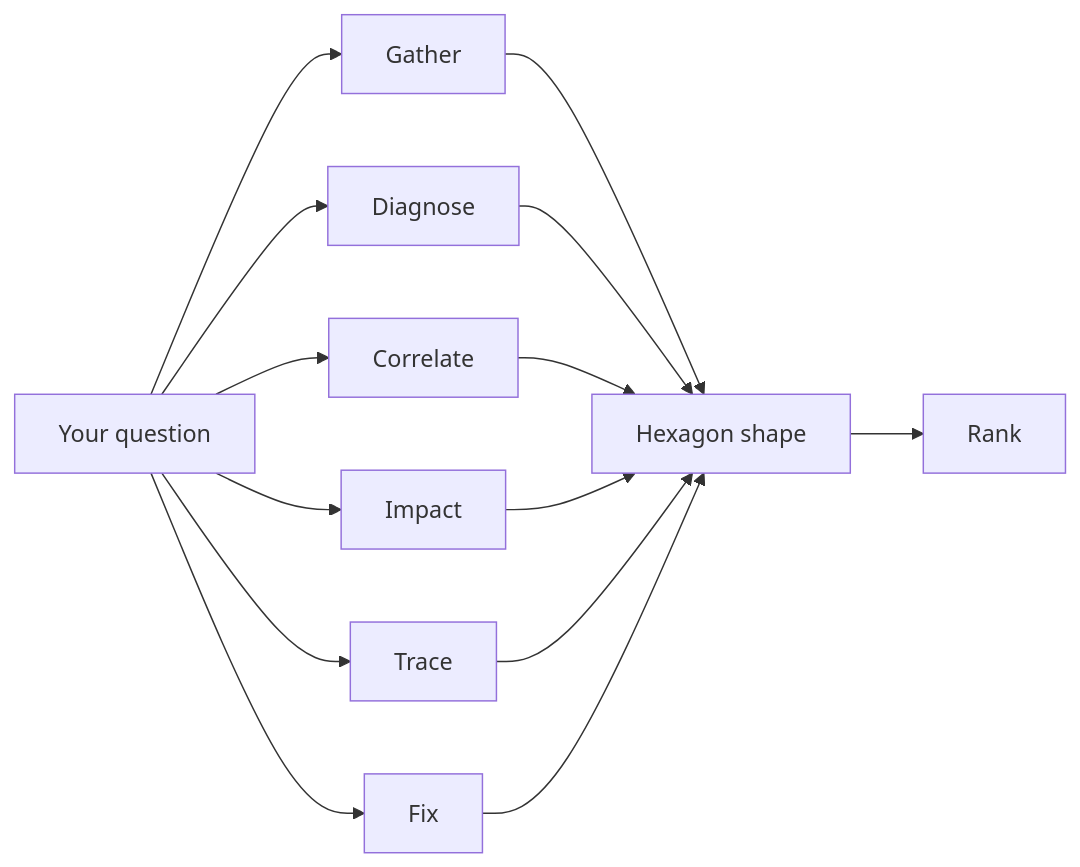
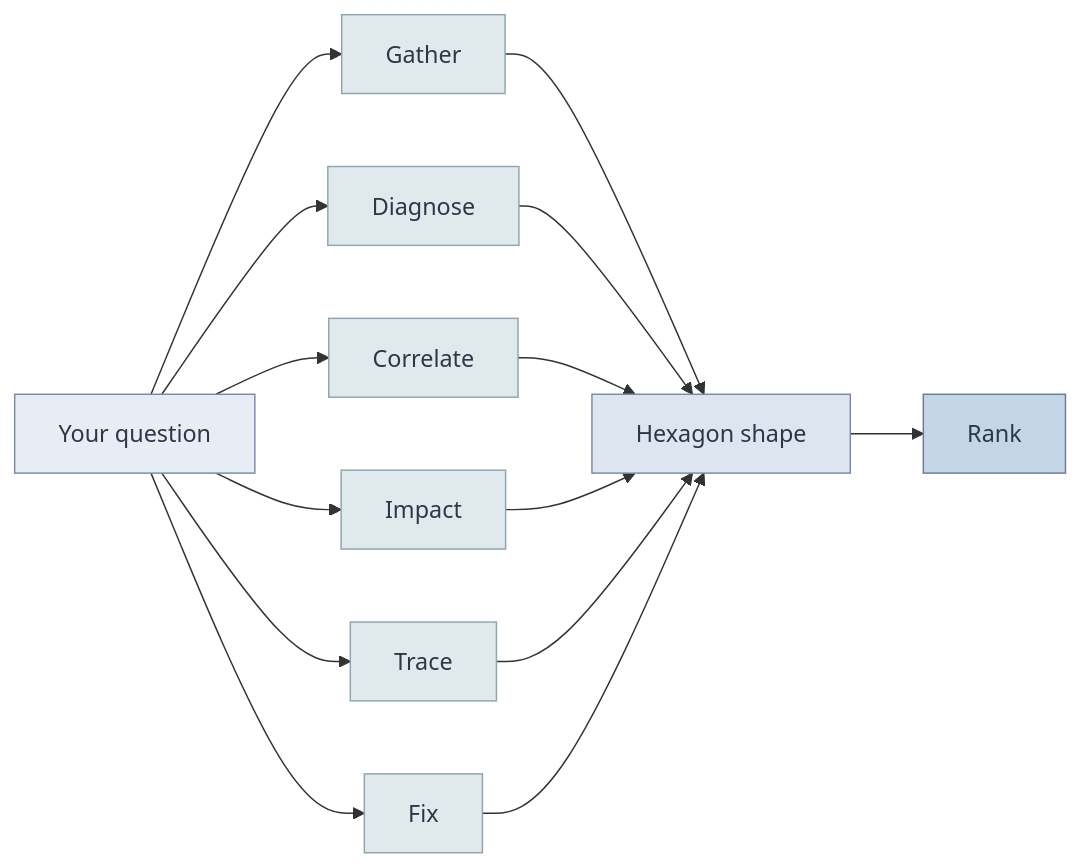
The first of 2 diagrams in README.md (drashtishah/aws-simulator), drawn with Mermaid before and after one commit. The commit also changed other lines of this file, not shown here.

First line of the commit message:
docs: ops centre pastel palette for README diagrams

````diff
--- a/README.md
+++ b/README.md
@@ -15,16 +15,26 @@
 ```mermaid
 flowchart LR
   Q[Your question] --> Gather
   Q --> Diagnose
   Q --> Correlate
   Q --> Impact
   Q --> Trace
   Q --> Fix
   Gather --> H[Hexagon shape]
   Diagnose --> H
   Correlate --> H
   Impact --> H
   Trace --> H
   Fix --> H
   H --> R[Rank]
+
+  style Q fill:#e8edf5,stroke:#7b8ba3,color:#2d3748
+  style H fill:#dce5f0,stroke:#7b8ba3,color:#2d3748
+  style R fill:#c5d5e8,stroke:#6b7d94,color:#2d3748
+  style Gather fill:#e0eaed,stroke:#8fa4af,color:#2d3748
+  style Diagnose fill:#e0eaed,stroke:#8fa4af,color:#2d3748
+  style Correlate fill:#e0eaed,stroke:#8fa4af,color:#2d3748
+  style Impact fill:#e0eaed,stroke:#8fa4af,color:#2d3748
+  style Trace fill:#e0eaed,stroke:#8fa4af,color:#2d3748
+  style Fix fill:#e0eaed,stroke:#8fa4af,color:#2d3748
 ```
````
